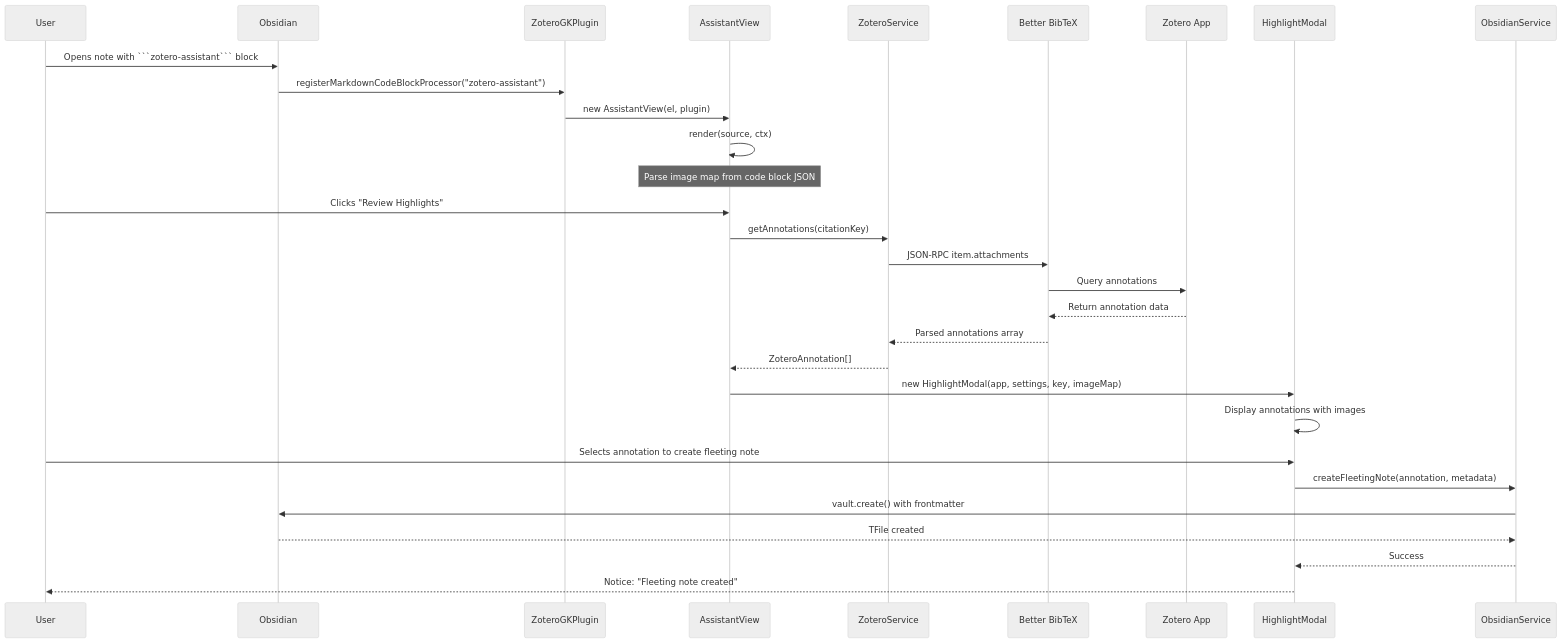
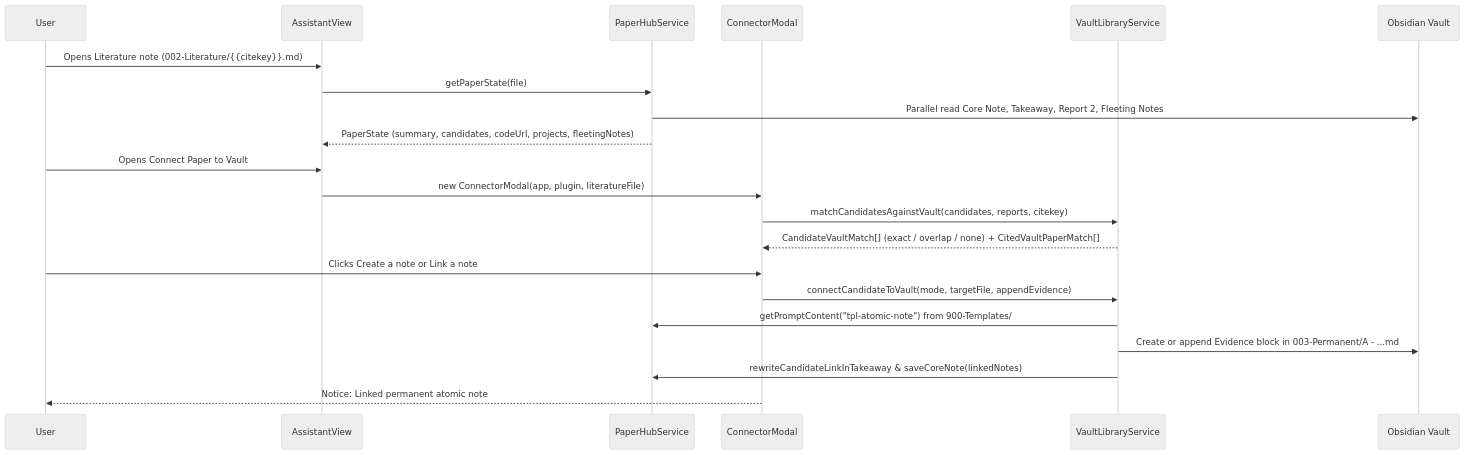
Before and after one commit to stone-home/Obsidian-Plugin-Zotero-Annotations-Reviewer: the third of 5 diagrams in docs/ARCHITECTURE.md, drawn with Mermaid (neutral theme). The commit also changed other lines of this file and 122 other files, not shown here.

First line of the commit message:
feat(paper)!: unify Paper House hub, vault-backed templates/prompts, and zotero-assistant panel (#10)

````diff
--- a/docs/ARCHITECTURE.md
+++ b/docs/ARCHITECTURE.md
@@ -146,37 +163,24 @@
 ```mermaid
 sequenceDiagram
     participant User
-    participant Obsidian
-    participant Plugin as ZoteroGKPlugin
     participant Assistant as AssistantView
-    participant ZoteroSvc as ZoteroService
-    participant BBT as Better BibTeX
-    participant Zotero as Zotero App
-    participant HighlightModal as HighlightModal
-    participant ObsidianSvc as ObsidianService
-    
-    User->>Obsidian: Opens note with ```zotero-assistant``` block
-    Obsidian->>Plugin: registerMarkdownCodeBlockProcessor("zotero-assistant")
-    Plugin->>Assistant: new AssistantView(el, plugin)
-    Assistant->>Assistant: render(source, ctx)
-    
-    Note over Assistant: Parse image map from code block JSON
-    
-    User->>Assistant: Clicks "Review Highlights"
-    Assistant->>ZoteroSvc: getAnnotations(citationKey)
-    ZoteroSvc->>BBT: JSON-RPC item.attachments
-    BBT->>Zotero: Query annotations
-    Zotero-->>BBT: Return annotation data
-    BBT-->>ZoteroSvc: Parsed annotations array
-    ZoteroSvc-->>Assistant: ZoteroAnnotation[]
-    
-    Assistant->>HighlightModal: new HighlightModal(app, settings, key, imageMap)
-    HighlightModal->>HighlightModal: Display annotations with images
-    
-    User->>HighlightModal: Selects annotation to create fleeting note
-    HighlightModal->>ObsidianSvc: createFleetingNote(annotation, metadata)
-    ObsidianSvc->>Obsidian: vault.create() with frontmatter
-    Obsidian-->>ObsidianSvc: TFile created
-    ObsidianSvc-->>HighlightModal: Success
-    HighlightModal-->>User: Notice: "Fleeting note created"
+    participant Hub as PaperHubService
+    participant Connector as ConnectorModal
+    participant Library as VaultLibraryService
+    participant Vault as Obsidian Vault
+
+    User->>Assistant: Opens Literature note (002-Literature/{{citekey}}.md)
+    Assistant->>Hub: getPaperState(file)
+    Hub->>Vault: Parallel read Core Note, Takeaway, Report 2, Fleeting Notes
+    Hub-->>Assistant: PaperState (summary, candidates, codeUrl, projects, fleetingNotes)
+    User->>Assistant: Opens Connect Paper to Vault
+    Assistant->>Connector: new ConnectorModal(app, plugin, literatureFile)
+    Connector->>Library: matchCandidatesAgainstVault(candidates, reports, citekey)
+    Library-->>Connector: CandidateVaultMatch[] (exact / overlap / none) + CitedVaultPaperMatch[]
+    User->>Connector: Clicks Create a note or Link a note
+    Connector->>Library: connectCandidateToVault(mode, targetFile, appendEvidence)
+    Library->>Hub: getPromptContent("tpl-atomic-note") from 900-Templates/
+    Library->>Vault: Create or append Evidence block in 003-Permanent/A - ...md
+    Library->>Hub: rewriteCandidateLinkInTakeaway & saveCoreNote(linkedNotes)
+    Connector-->>User: Notice: Linked permanent atomic note
 ```
````
